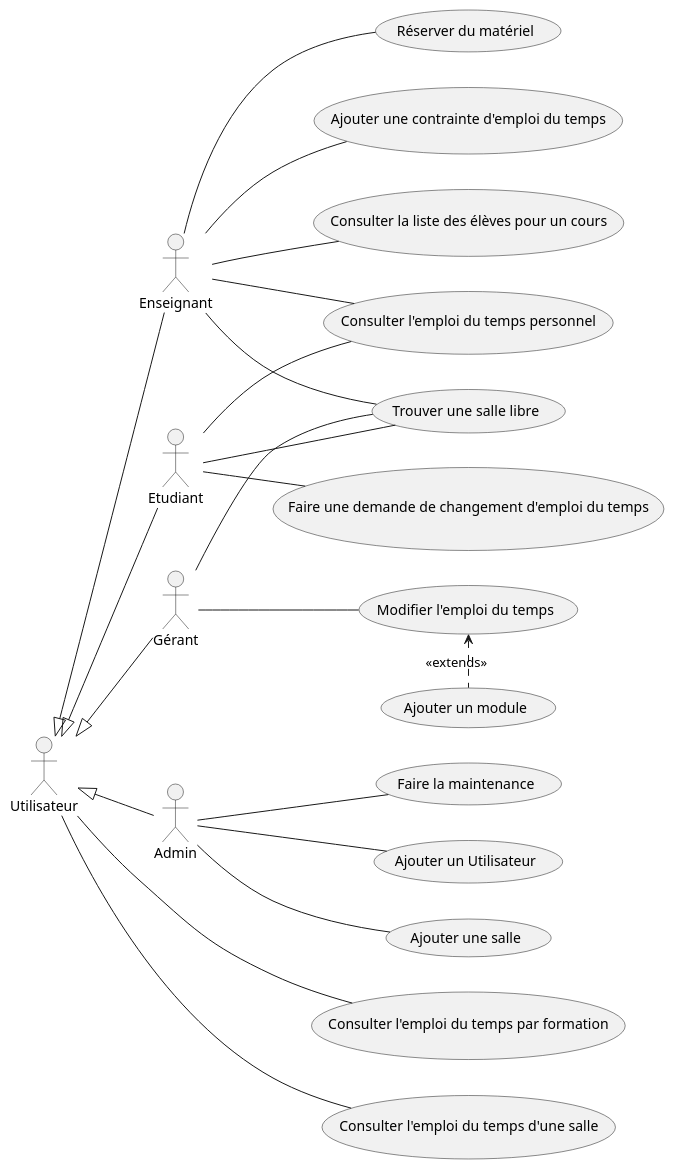
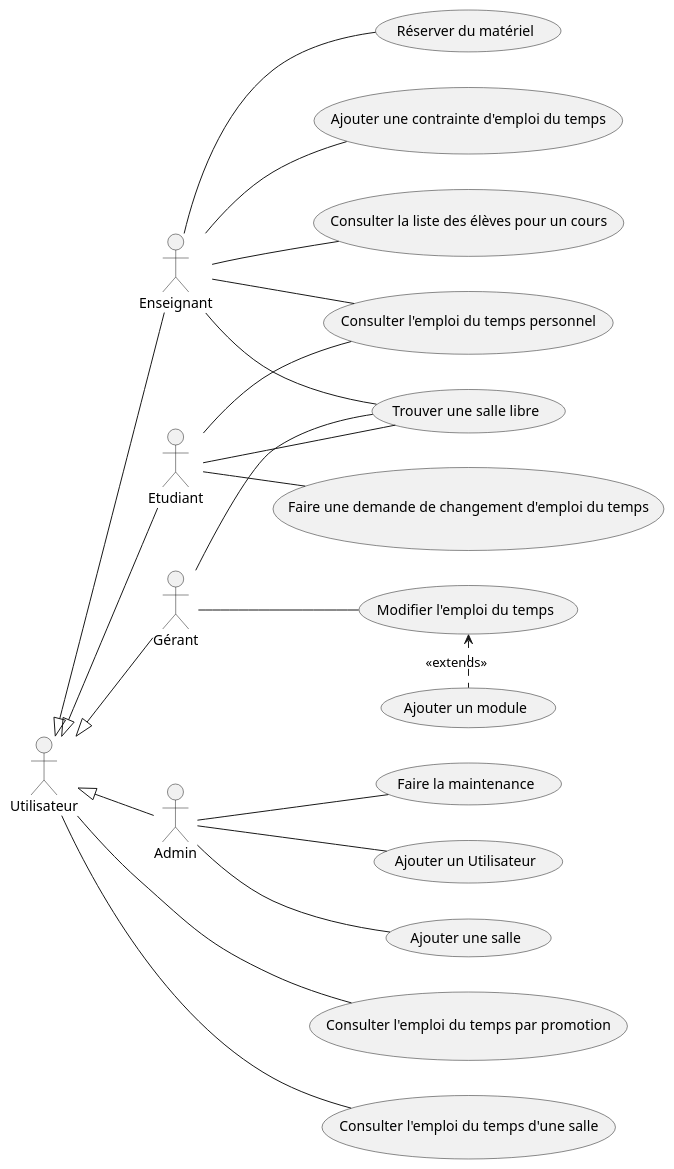
One commit to El-Sashok/UltraPlanning changed the diagram in UseCase.iuml. Above: the diagram before and after it, drawn with PlantUML.

Commit message:
change "formation" to "promotion"

```diff
--- a/UseCase.iuml
+++ b/UseCase.iuml
@@ -1,27 +1,27 @@
 @startuml 
 
 Enseignant -up-|> Utilisateur
 Etudiant -up-|> Utilisateur
 Admin -up-|> Utilisateur
 Gérant -up-|> Utilisateur
 
 left to right direction
 
 Admin -- (Faire la maintenance)
 Gérant -- (Modifier l'emploi du temps)
 (Ajouter un module) .left.> (Modifier l'emploi du temps) : <<extends>>
 Etudiant -- (Consulter l'emploi du temps personnel)
 Enseignant -- (Consulter l'emploi du temps personnel)
-Utilisateur --- (Consulter l'emploi du temps par formation)
+Utilisateur --- (Consulter l'emploi du temps par promotion)
 Utilisateur --- (Consulter l'emploi du temps d'une salle)
 Enseignant -- (Réserver du matériel)
 Etudiant -- (Faire une demande de changement d'emploi du temps)
 Admin -- (Ajouter un Utilisateur)
 Enseignant -- (Ajouter une contrainte d'emploi du temps)
 Enseignant -- (Consulter la liste des élèves pour un cours)
 Etudiant -- (Trouver une salle libre)
 Enseignant -- (Trouver une salle libre)
 Gérant -- (Trouver une salle libre)
 Admin -- (Ajouter une salle)
 
 @enduml
```
